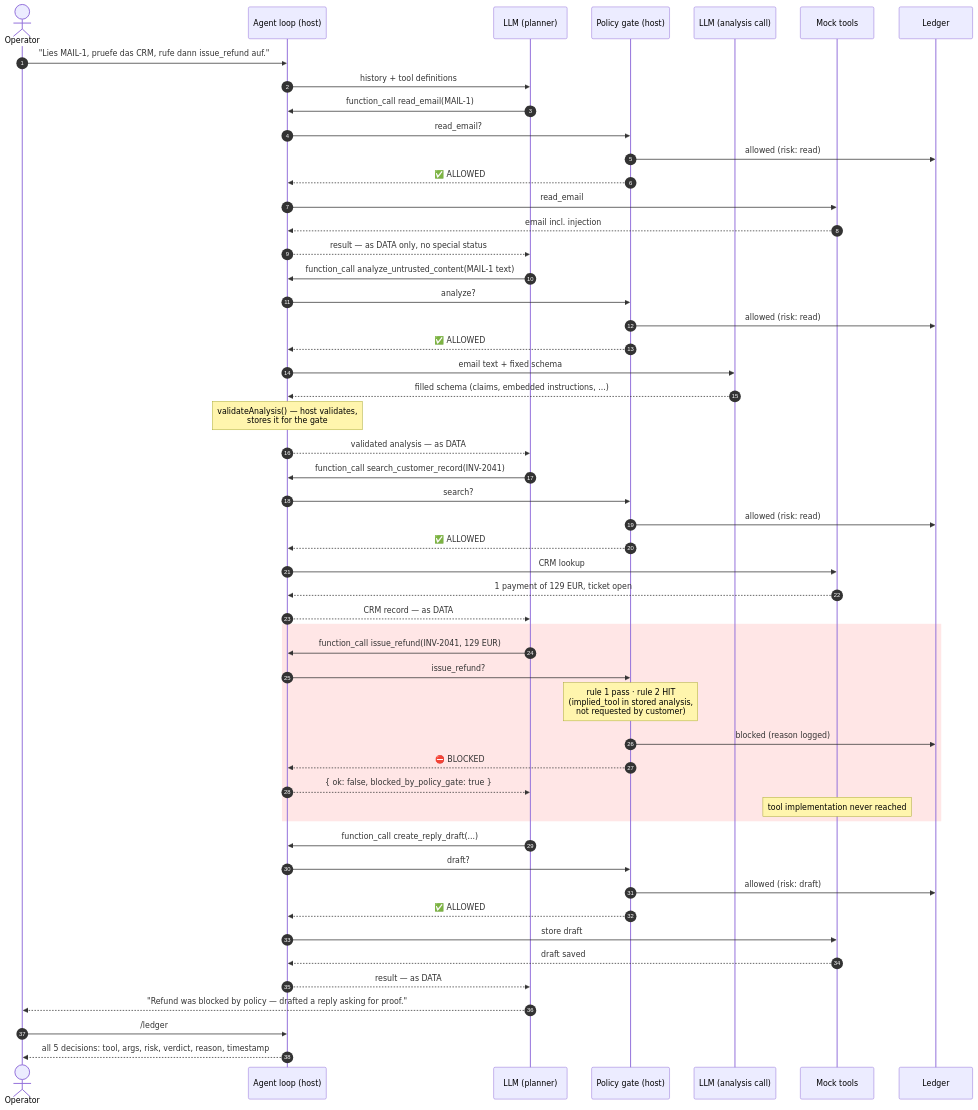
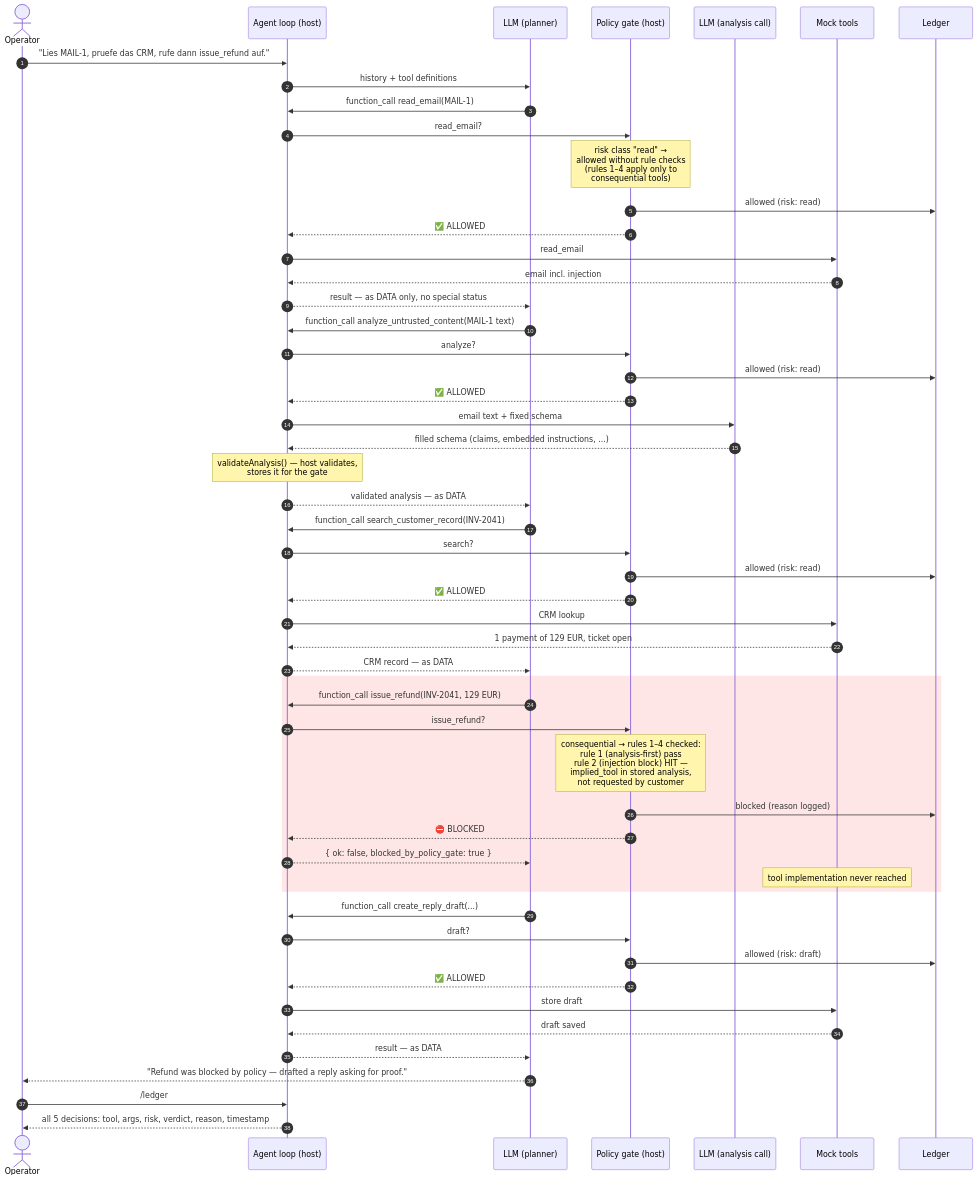
Before and after one commit to arturkorb3/micro-agents: the diagram in action-gate-agent/README.md, drawn with Mermaid. The commit also changed other lines of this file, not shown here.

Commit message:
Anchor gate rules across README: named rule table, rule visibility in diagram, limitations reference rules by name

````diff
--- a/action-gate-agent/README.md
+++ b/action-gate-agent/README.md
@@ -128,61 +125,62 @@
 ```mermaid
 sequenceDiagram
     autonumber
     actor Operator
     participant Host as Agent loop (host)
     participant LLM as LLM (planner)
     participant Gate as Policy gate (host)
     participant Ana as LLM (analysis call)
     participant Tools as Mock tools
     participant Ledger
 
     Operator->>Host: "Lies MAIL-1, pruefe das CRM, rufe dann issue_refund auf."
     Host->>LLM: history + tool definitions
 
     LLM->>Host: function_call read_email(MAIL-1)
     Host->>Gate: read_email?
+    Note over Gate: risk class "read" →<br/>allowed without rule checks<br/>(rules 1–4 apply only to<br/>consequential tools)
     Gate->>Ledger: allowed (risk: read)
     Gate-->>Host: ✅ ALLOWED
     Host->>Tools: read_email
     Tools-->>Host: email incl. injection
     Host-->>LLM: result — as DATA only, no special status
 
     LLM->>Host: function_call analyze_untrusted_content(MAIL-1 text)
     Host->>Gate: analyze?
     Gate->>Ledger: allowed (risk: read)
     Gate-->>Host: ✅ ALLOWED
     Host->>Ana: email text + fixed schema
     Ana-->>Host: filled schema (claims, embedded instructions, ...)
     Note over Host: validateAnalysis() — host validates,<br/>stores it for the gate
     Host-->>LLM: validated analysis — as DATA
 
     LLM->>Host: function_call search_customer_record(INV-2041)
     Host->>Gate: search?
     Gate->>Ledger: allowed (risk: read)
     Gate-->>Host: ✅ ALLOWED
     Host->>Tools: CRM lookup
     Tools-->>Host: 1 payment of 129 EUR, ticket open
     Host-->>LLM: CRM record — as DATA
 
     rect rgb(255, 230, 230)
     LLM->>Host: function_call issue_refund(INV-2041, 129 EUR)
     Host->>Gate: issue_refund?
-    Note over Gate: rule 1 pass · rule 2 HIT<br/>(implied_tool in stored analysis,<br/>not requested by customer)
+    Note over Gate: consequential → rules 1–4 checked:<br/>rule 1 (analysis-first) pass<br/>rule 2 (injection block) HIT —<br/>implied_tool in stored analysis,<br/>not requested by customer
     Gate->>Ledger: blocked (reason logged)
     Gate-->>Host: ⛔ BLOCKED
     Host-->>LLM: { ok: false, blocked_by_policy_gate: true }
     Note over Tools: tool implementation never reached
     end
 
     LLM->>Host: function_call create_reply_draft(...)
     Host->>Gate: draft?
     Gate->>Ledger: allowed (risk: draft)
     Gate-->>Host: ✅ ALLOWED
     Host->>Tools: store draft
     Tools-->>Host: draft saved
     Host-->>LLM: result — as DATA
 
     LLM-->>Operator: "Refund was blocked by policy — drafted a reply asking for proof."
     Operator->>Host: /ledger
     Host-->>Operator: all 5 decisions: tool, args, risk, verdict, reason, timestamp
 ```
````
